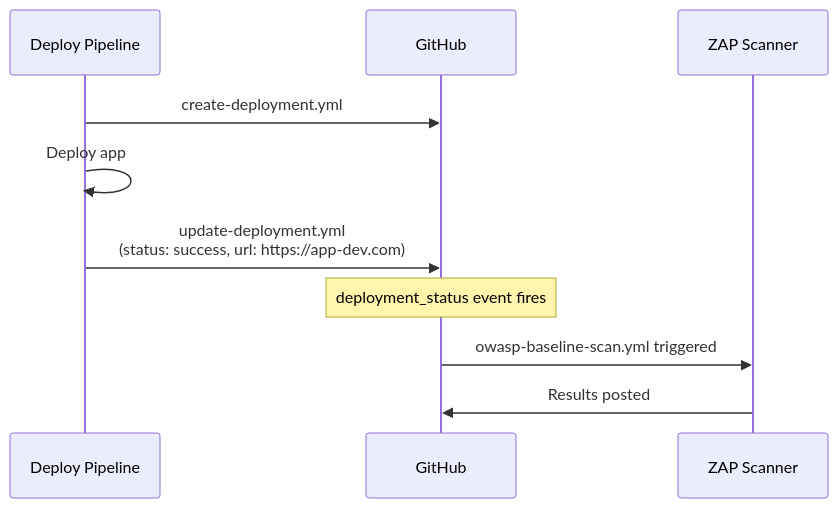
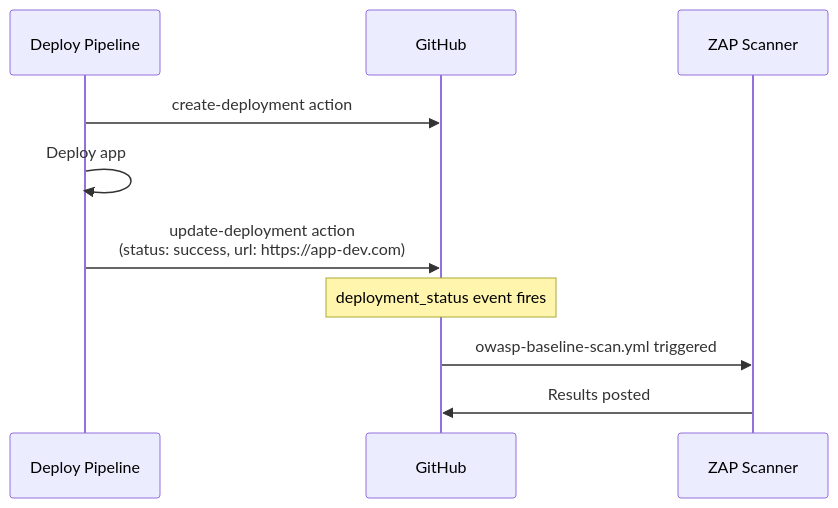
One commit to ComputerNiagara/github-owasp-templates changed the second of 2 diagrams in README.md. Above: the diagram before and after it, drawn with Mermaid. The commit also changed other lines of this file and 11 other files, not shown here.

````diff
--- a/README.md
+++ b/README.md
@@ -93,13 +93,13 @@
 ```mermaid
 sequenceDiagram
     participant Pipeline as Deploy Pipeline
     participant GH as GitHub
     participant ZAP as ZAP Scanner
 
-    Pipeline->>GH: create-deployment.yml
+    Pipeline->>GH: create-deployment action
     Pipeline->>Pipeline: Deploy app
-    Pipeline->>GH: update-deployment.yml<br/>(status: success, url: https://app-dev.com)
+    Pipeline->>GH: update-deployment action<br/>(status: success, url: https://app-dev.com)
     Note over GH: deployment_status event fires
     GH->>ZAP: owasp-baseline-scan.yml triggered
     ZAP->>GH: Results posted
 ```
````
